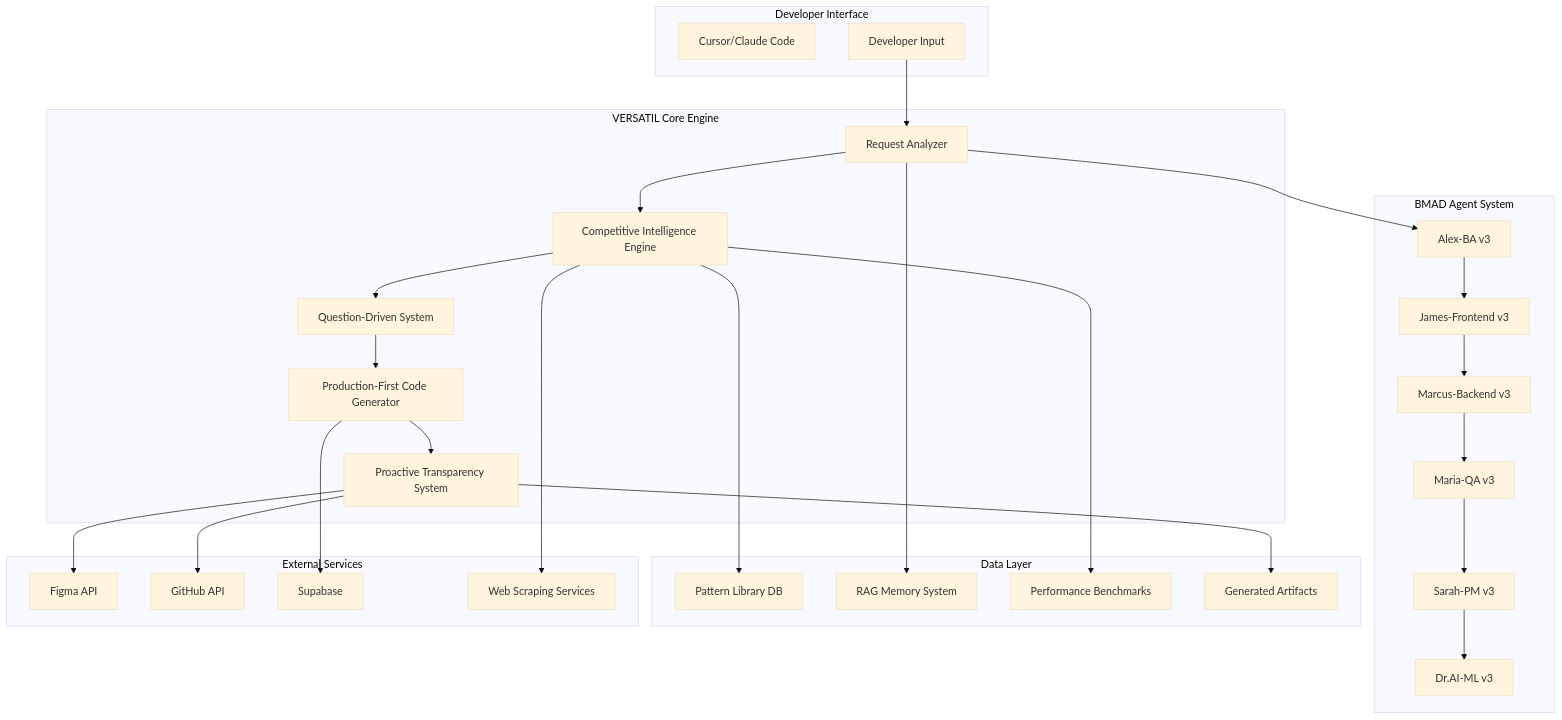
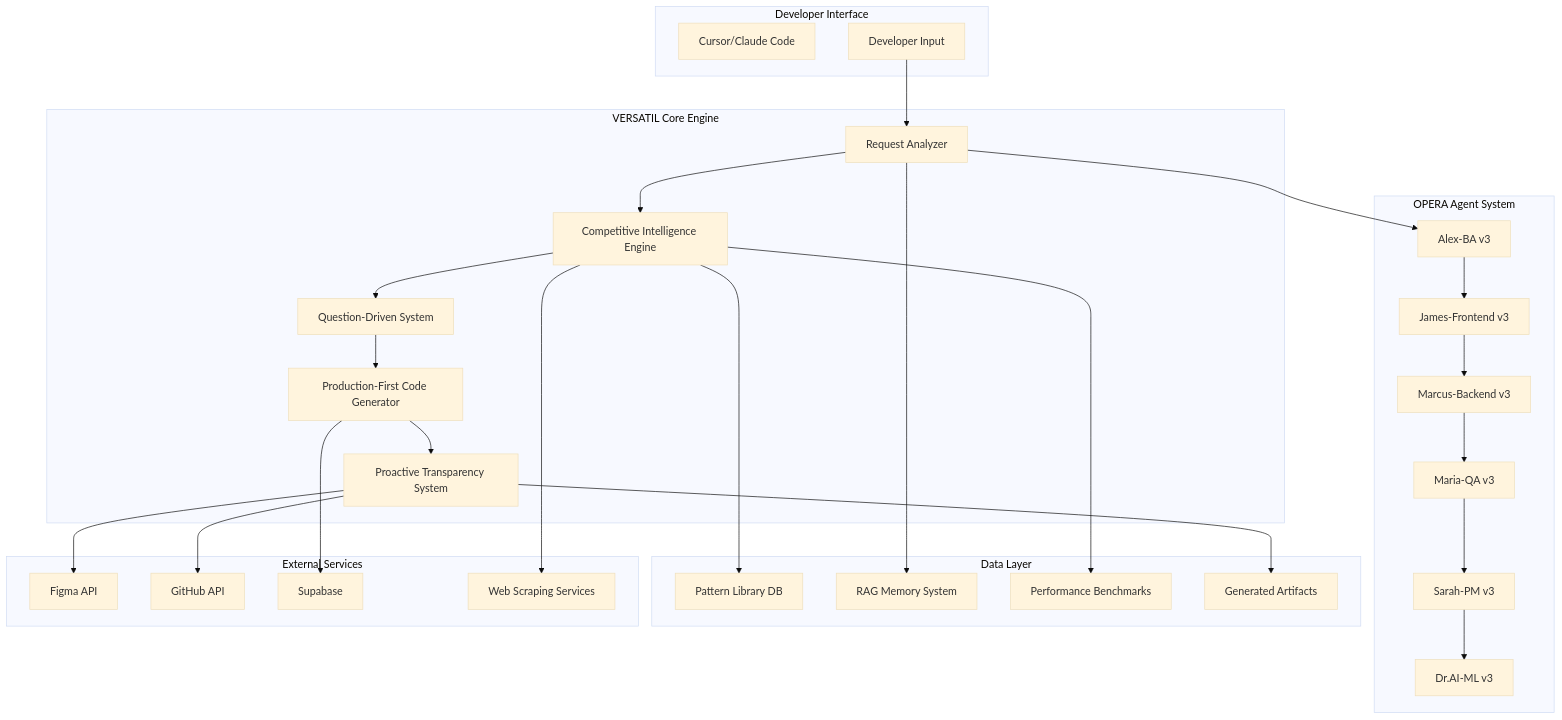
One commit to Nissimmiracles/versatil-sdlc-framework changed the diagram in VERSATIL_V3_TECHNICAL_SPECIFICATIONS.md. Above: the diagram before and after it, drawn with Mermaid (base theme). The commit also changed other lines of this file and 673 other files, not shown here.

First line of the commit message:
feat: Complete BMAD → OPERA rebranding v3.1.0

````diff
--- a/VERSATIL_V3_TECHNICAL_SPECIFICATIONS.md
+++ b/VERSATIL_V3_TECHNICAL_SPECIFICATIONS.md
@@ -29,61 +29,61 @@
 ```mermaid
 graph TB
     subgraph "Developer Interface"
         A[Cursor/Claude Code]
         B[Developer Input]
     end
 
     subgraph "VERSATIL Core Engine"
         C[Request Analyzer]
         D[Competitive Intelligence Engine]
         E[Question-Driven System]
         F[Production-First Code Generator]
         G[Proactive Transparency System]
     end
 
-    subgraph "BMAD Agent System"
+    subgraph "OPERA Agent System"
         H[Alex-BA v3]
         I[James-Frontend v3]
         J[Marcus-Backend v3]
         K[Maria-QA v3]
         L[Sarah-PM v3]
         M[Dr.AI-ML v3]
     end
 
     subgraph "Data Layer"
         N[Pattern Library DB]
         O[RAG Memory System]
         P[Performance Benchmarks]
         Q[Generated Artifacts]
     end
 
     subgraph "External Services"
         R[Figma API]
         S[GitHub API]
         T[Supabase]
         U[Web Scraping Services]
     end
 
     B --> C
     C --> D
     D --> E
     E --> F
     F --> G
 
     C --> H
     H --> I
     I --> J
     J --> K
     K --> L
     L --> M
 
     D --> N
     D --> P
     C --> O
     G --> Q
 
     D --> U
     G --> R
     G --> S
     F --> T
 ```
````
